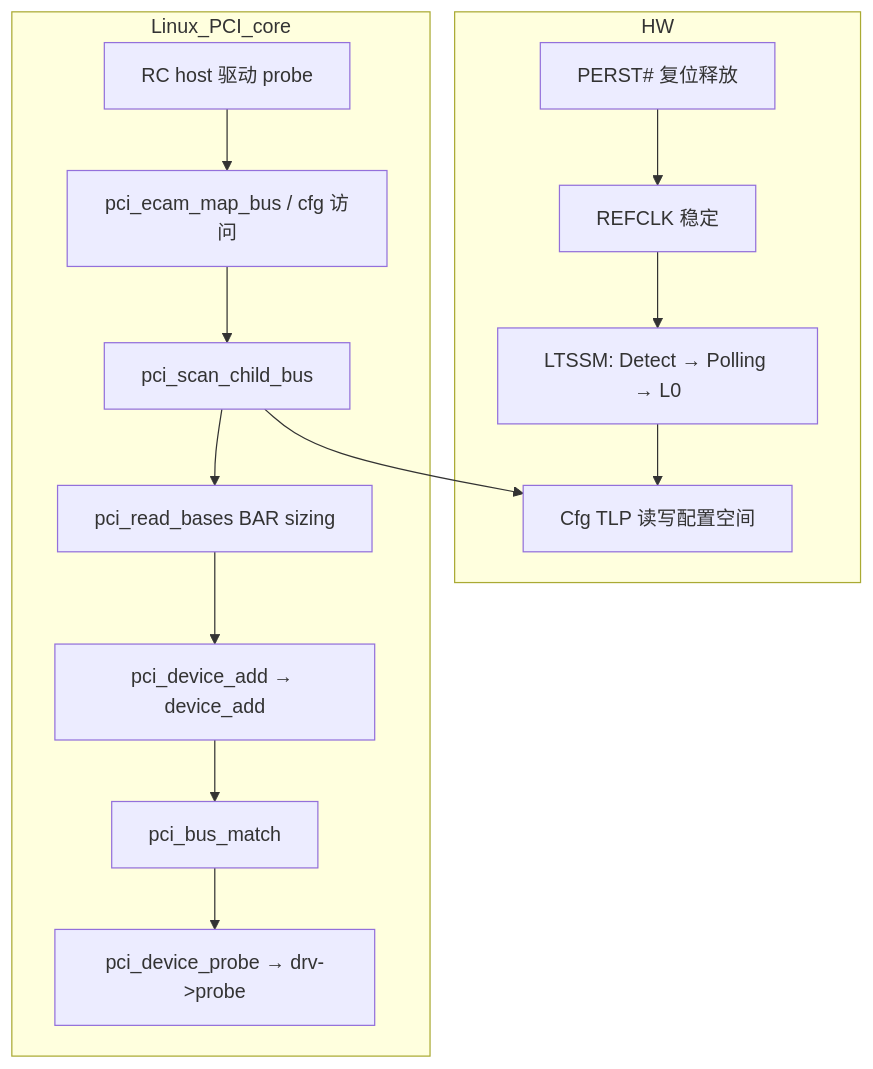
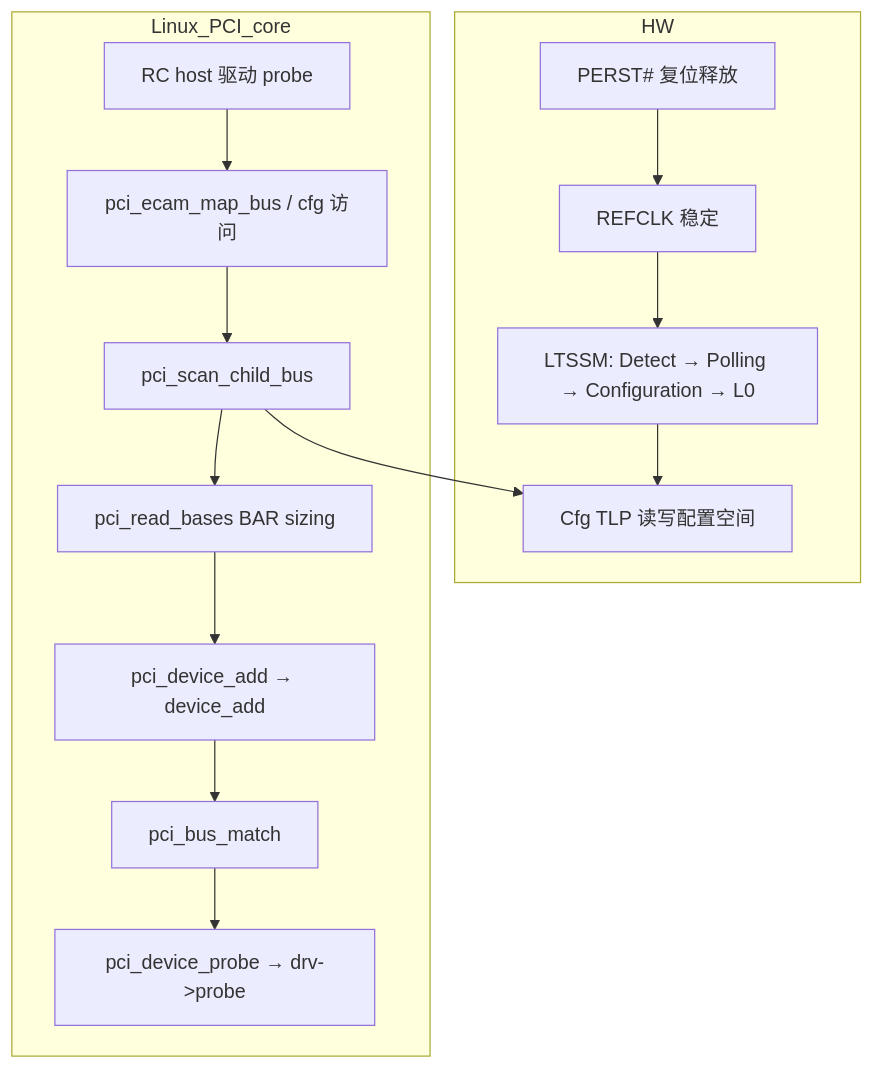
One commit to yanggan2015/knowledge-json-v2 changed the first of 3 diagrams in articles/csdn-merged/驱动开发-PCI与PCIe硬件原理配置空间BAR与Linux驱动完整篇.md. Above: the diagram before and after it, drawn with Mermaid. The commit also changed other lines of this file and 3 other files, not shown here.

````diff
--- a/articles/csdn-merged/驱动开发-PCI与PCIe硬件原理配置空间BAR与Linux驱动完整篇.md
+++ b/articles/csdn-merged/驱动开发-PCI与PCIe硬件原理配置空间BAR与Linux驱动完整篇.md
@@ -185,22 +149,22 @@
 ```mermaid
 flowchart TD
     subgraph HW
         RST[PERST# 复位释放]
         REF[REFCLK 稳定]
-        LTSSM[LTSSM: Detect → Polling → L0]
+        LTSSM[LTSSM: Detect → Polling → Configuration → L0]
         TLP_CFG[Cfg TLP 读写配置空间]
     end
     subgraph Linux_PCI_core
         HOST[RC host 驱动 probe]
         ECAM[pci_ecam_map_bus / cfg 访问]
         SCAN[pci_scan_child_bus]
         BAR[pci_read_bases BAR sizing]
         ADD[pci_device_add → device_add]
         MATCH[pci_bus_match]
         PROBE[pci_device_probe → drv->probe]
     end
     RST --> REF --> LTSSM --> TLP_CFG
     HOST --> ECAM --> SCAN
     SCAN --> TLP_CFG
     SCAN --> BAR --> ADD --> MATCH --> PROBE
 ```
````
